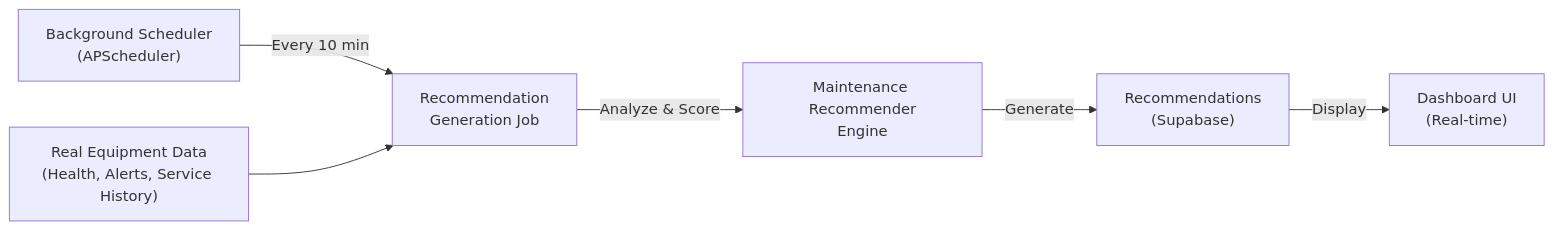
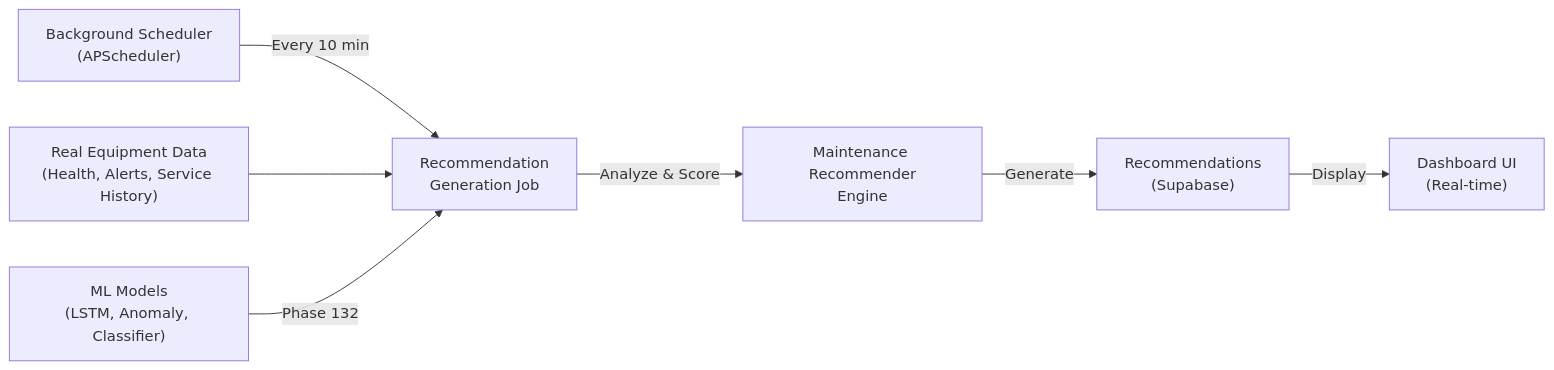
The diagram in docs/08-ai-ml/background-recommendation-generation.md (Bederf/sentinel-ai), drawn with Mermaid before and after one commit. The commit also changed other lines of this file and 236 other files, not shown here.

````diff
--- a/docs/08-ai-ml/background-recommendation-generation.md
+++ b/docs/08-ai-ml/background-recommendation-generation.md
@@ -30,8 +30,9 @@
 ```mermaid
 graph LR
     A["Background Scheduler<br/>(APScheduler)"] -->|Every 10 min| B["Recommendation<br/>Generation Job"]
     C["Real Equipment Data<br/>(Health, Alerts, Service History)"] --> B
+    M["ML Models<br/>(LSTM, Anomaly, Classifier)"] -->|Phase 132| B
     B -->|Analyze & Score| D["Maintenance Recommender<br/>Engine"]
     D -->|Generate| E["Recommendations<br/>(Supabase)"]
     E -->|Display| F["Dashboard UI<br/>(Real-time)"]
 ```
````
